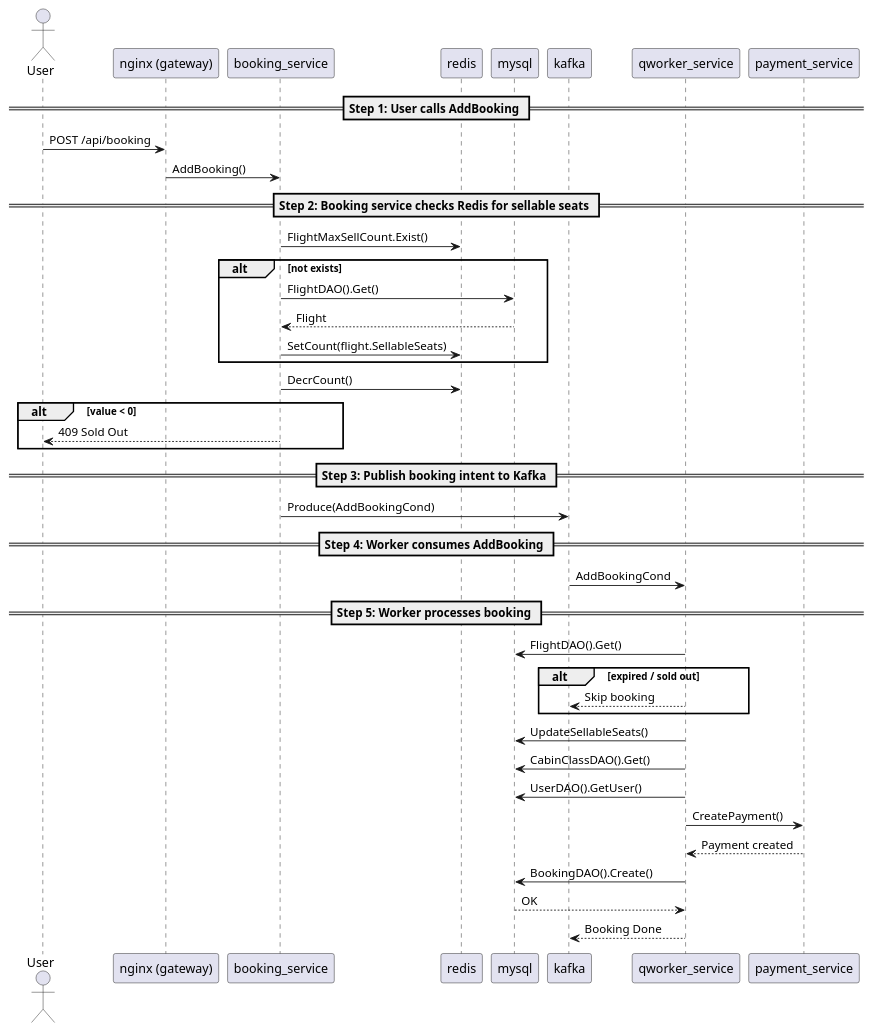
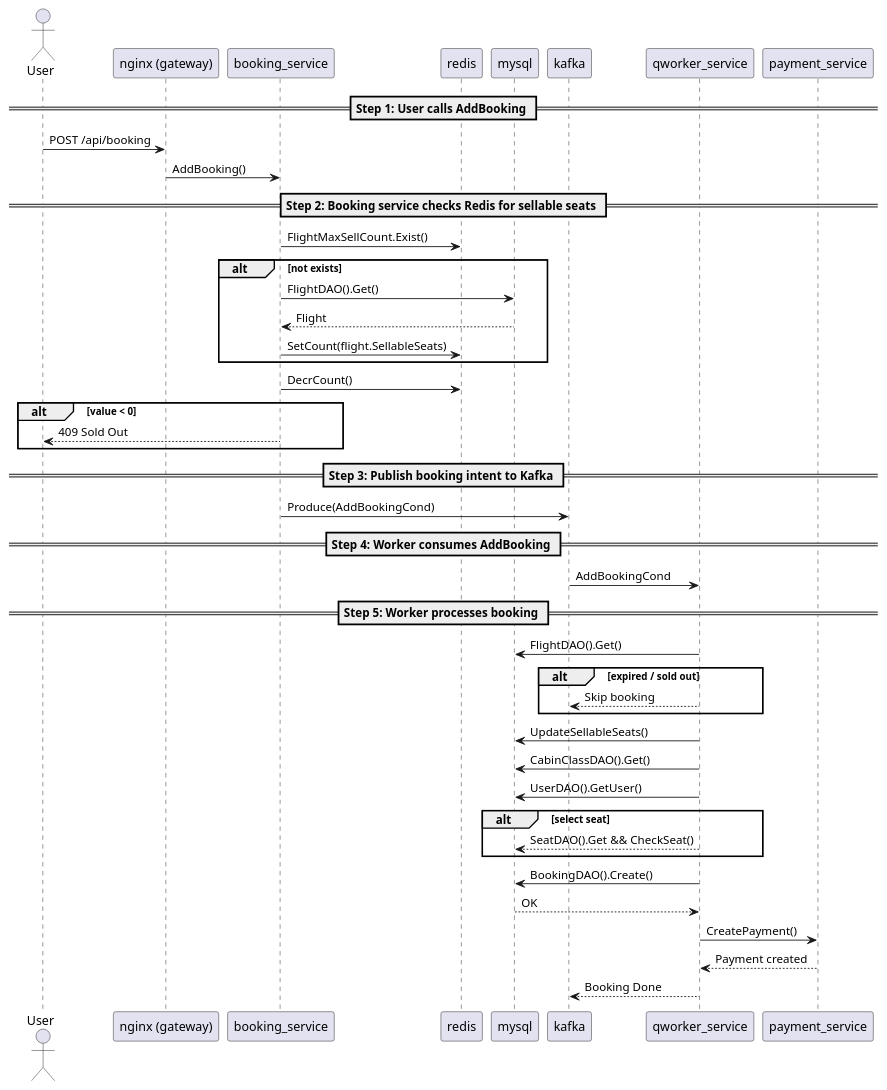
The diagram in docs/booking_sequence.puml (HarveyJhuang1010/airplane), drawn with PlantUML before and after one commit. The commit also changed 36 other files, not shown here.

```diff
--- a/docs/booking_sequence.puml
+++ b/docs/booking_sequence.puml
@@ -1,51 +1,55 @@
 @startuml
 actor User
 participant "nginx (gateway)" as NGINX
 participant "booking_service" as BookingAPI
 participant "redis" as Redis
 participant "mysql" as MySQL
 participant "kafka" as Kafka
 participant "qworker_service" as Worker
 participant "payment_service" as Payment
 
 == Step 1: User calls AddBooking ==
 User -> NGINX: POST /api/booking
 NGINX -> BookingAPI: AddBooking()
 
 == Step 2: Booking service checks Redis for sellable seats ==
 BookingAPI -> Redis: FlightMaxSellCount.Exist()
 alt not exists
   BookingAPI -> MySQL: FlightDAO().Get()
   MySQL --> BookingAPI: Flight
   BookingAPI -> Redis: SetCount(flight.SellableSeats)
 end
 
 BookingAPI -> Redis: DecrCount()
 alt value < 0
   BookingAPI --> User: 409 Sold Out
 end
 
 == Step 3: Publish booking intent to Kafka ==
 BookingAPI -> Kafka: Produce(AddBookingCond)
 
 == Step 4: Worker consumes AddBooking ==
 Kafka -> Worker: AddBookingCond
 
 == Step 5: Worker processes booking ==
 Worker -> MySQL: FlightDAO().Get()
 alt expired / sold out
   Worker --> Kafka: Skip booking
 end
 Worker -> MySQL: UpdateSellableSeats()
 
 Worker -> MySQL: CabinClassDAO().Get()
 Worker -> MySQL: UserDAO().GetUser()
 
-Worker -> Payment: CreatePayment()
-Payment --> Worker: Payment created
+alt select seat
+    Worker --> MySQL: SeatDAO().Get && CheckSeat()
+end
 
 Worker -> MySQL: BookingDAO().Create()
 MySQL --> Worker: OK
 
+Worker -> Payment: CreatePayment()
+Payment --> Worker: Payment created
+
 Worker --> Kafka: Booking Done
 @enduml
```
